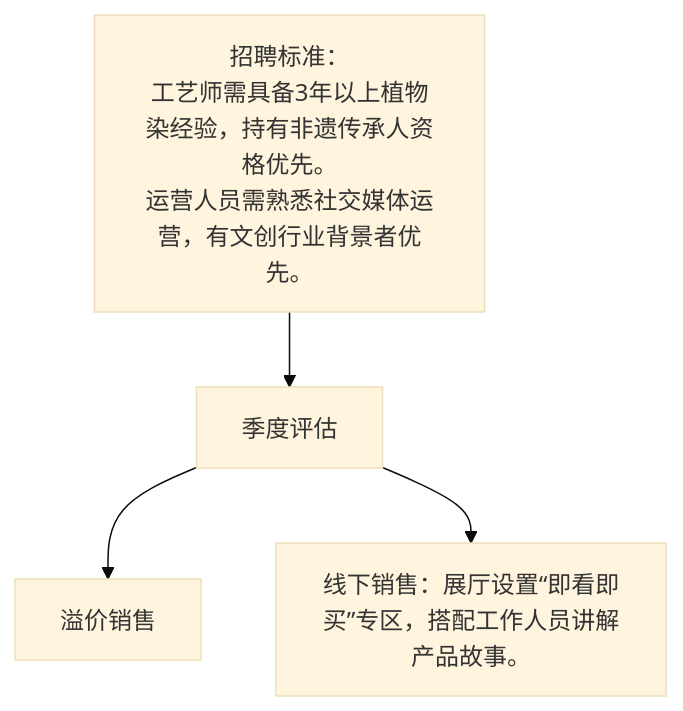
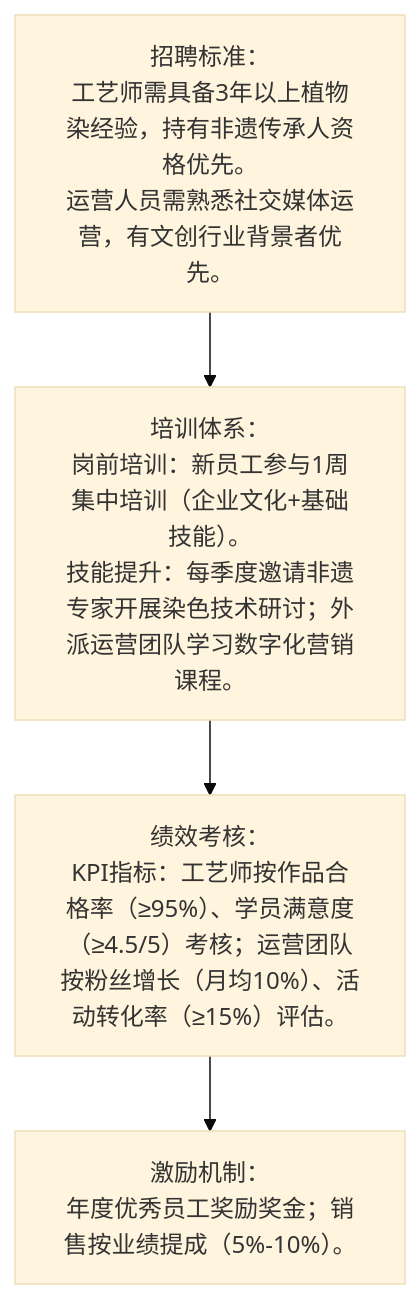
One commit to NaturalRice/git-demo changed the fifth of 9 diagrams in README.md. Above: the diagram before and after it, drawn with Mermaid (base theme). The commit also changed other lines of this file, not shown here.

````diff
--- a/README.md
+++ b/README.md
@@ -55,8 +60,12 @@
 ```mermaid
 flowchart TD
     A[招聘标准：
 工艺师需具备3年以上植物染经验，持有非遗传承人资格优先。
-运营人员需熟悉社交媒体运营，有文创行业背景者优先。] --> B[季度评估]
-    B --> C[溢价销售]
-    B --> E[线下销售：展厅设置“即看即买”专区，搭配工作人员讲解产品故事。]
+运营人员需熟悉社交媒体运营，有文创行业背景者优先。] --> B[培训体系：
+岗前培训：新员工参与1周集中培训（企业文化+基础技能）。
+技能提升：每季度邀请非遗专家开展染色技术研讨；外派运营团队学习数字化营销课程。]
+    B --> C[绩效考核：
+KPI指标：工艺师按作品合格率（≥95%）、学员满意度（≥4.5/5）考核；运营团队按粉丝增长（月均10%）、活动转化率（≥15%）评估。]
+    C --> D[激励机制：
+年度优秀员工奖励奖金；销售按业绩提成（5%-10%）。]
 ```
````
